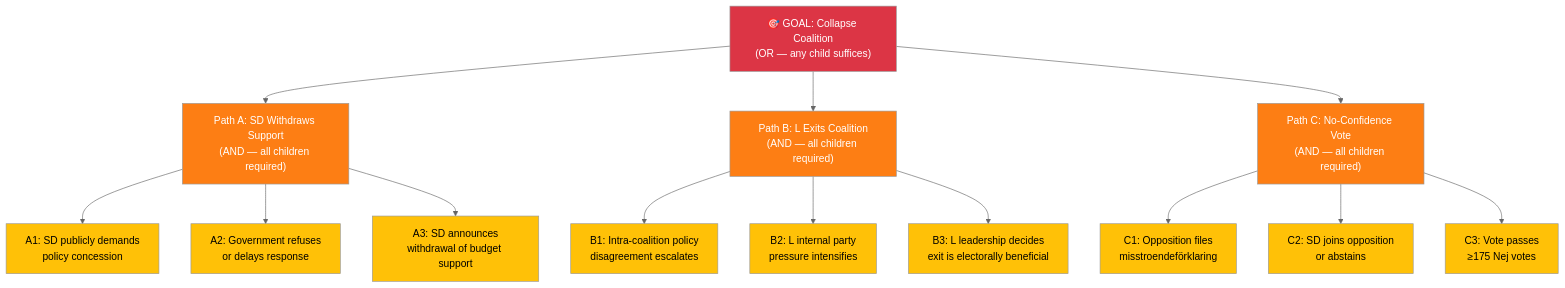
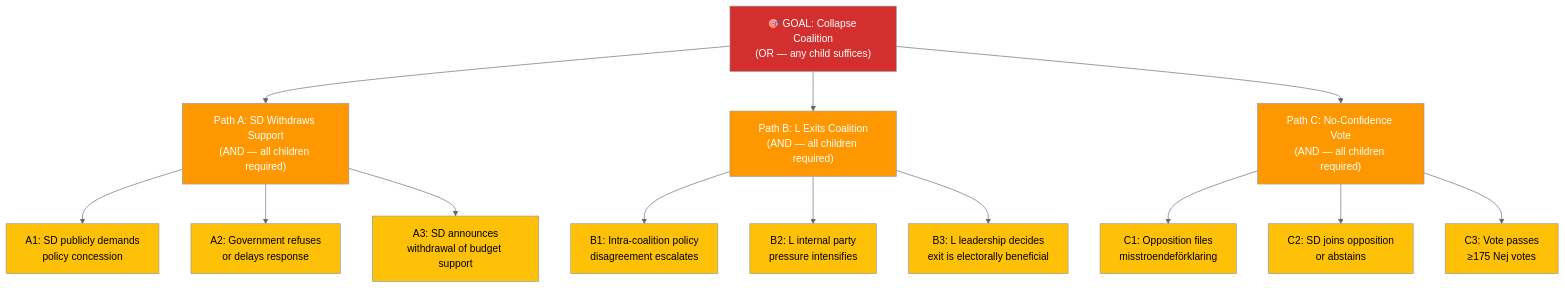
The second of 11 diagrams in analysis/methodologies/political-threat-framework.md (Hack23/riksdagsmonitor), drawn with Mermaid (neutral theme) before and after one commit. The commit also changed other lines of this file and 14 other files, not shown here.

First line of the commit message:
Align analysis/ mermaid diagrams with ISMS Style Guide palette and convert SWOT to quadrantChart

````diff
--- a/analysis/methodologies/political-threat-framework.md
+++ b/analysis/methodologies/political-threat-framework.md
@@ -75,33 +75,33 @@
 ```mermaid
 graph TD
     ROOT["🎯 GOAL: Collapse Coalition<br/>(OR — any child suffices)"]
     ROOT --> A["Path A: SD Withdraws Support<br/>(AND — all children required)"]
     ROOT --> B["Path B: L Exits Coalition<br/>(AND — all children required)"]
     ROOT --> C["Path C: No-Confidence Vote<br/>(AND — all children required)"]
 
     A --> A1["A1: SD publicly demands<br/>policy concession"]
     A --> A2["A2: Government refuses<br/>or delays response"]
     A --> A3["A3: SD announces<br/>withdrawal of budget support"]
 
     B --> B1["B1: Intra-coalition policy<br/>disagreement escalates"]
     B --> B2["B2: L internal party<br/>pressure intensifies"]
     B --> B3["B3: L leadership decides<br/>exit is electorally beneficial"]
 
     C --> C1["C1: Opposition files<br/>misstroendeförklaring"]
     C --> C2["C2: SD joins opposition<br/>or abstains"]
     C --> C3["C3: Vote passes<br/>≥175 Nej votes"]
 
-    style ROOT fill:#dc3545,color:#fff
-    style A fill:#fd7e14,color:#fff
-    style B fill:#fd7e14,color:#fff
-    style C fill:#fd7e14,color:#fff
-    style A1 fill:#ffc107,color:#000
-    style A2 fill:#ffc107,color:#000
-    style A3 fill:#ffc107,color:#000
-    style B1 fill:#ffc107,color:#000
-    style B2 fill:#ffc107,color:#000
-    style B3 fill:#ffc107,color:#000
-    style C1 fill:#ffc107,color:#000
-    style C2 fill:#ffc107,color:#000
-    style C3 fill:#ffc107,color:#000
+    style ROOT fill:#D32F2F,color:#FFFFFF
+    style A fill:#FF9800,color:#FFFFFF
+    style B fill:#FF9800,color:#FFFFFF
+    style C fill:#FF9800,color:#FFFFFF
+    style A1 fill:#FFC107,color:#000000
+    style A2 fill:#FFC107,color:#000000
+    style A3 fill:#FFC107,color:#000000
+    style B1 fill:#FFC107,color:#000000
+    style B2 fill:#FFC107,color:#000000
+    style B3 fill:#FFC107,color:#000000
+    style C1 fill:#FFC107,color:#000000
+    style C2 fill:#FFC107,color:#000000
+    style C3 fill:#FFC107,color:#000000
 ```
````
